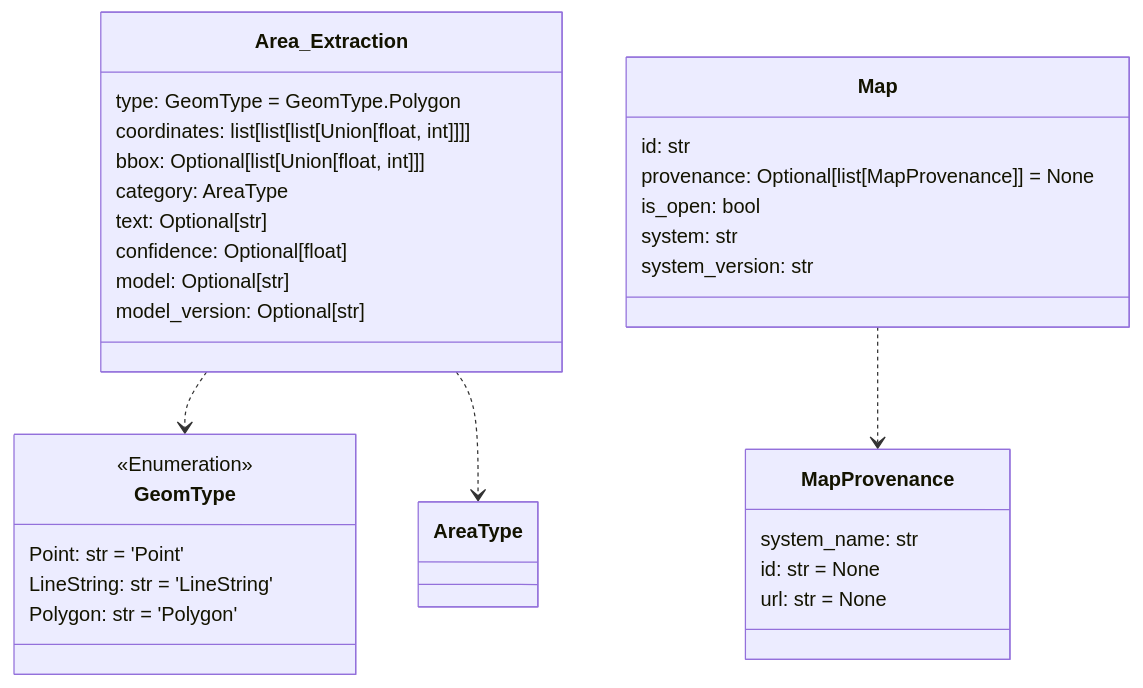
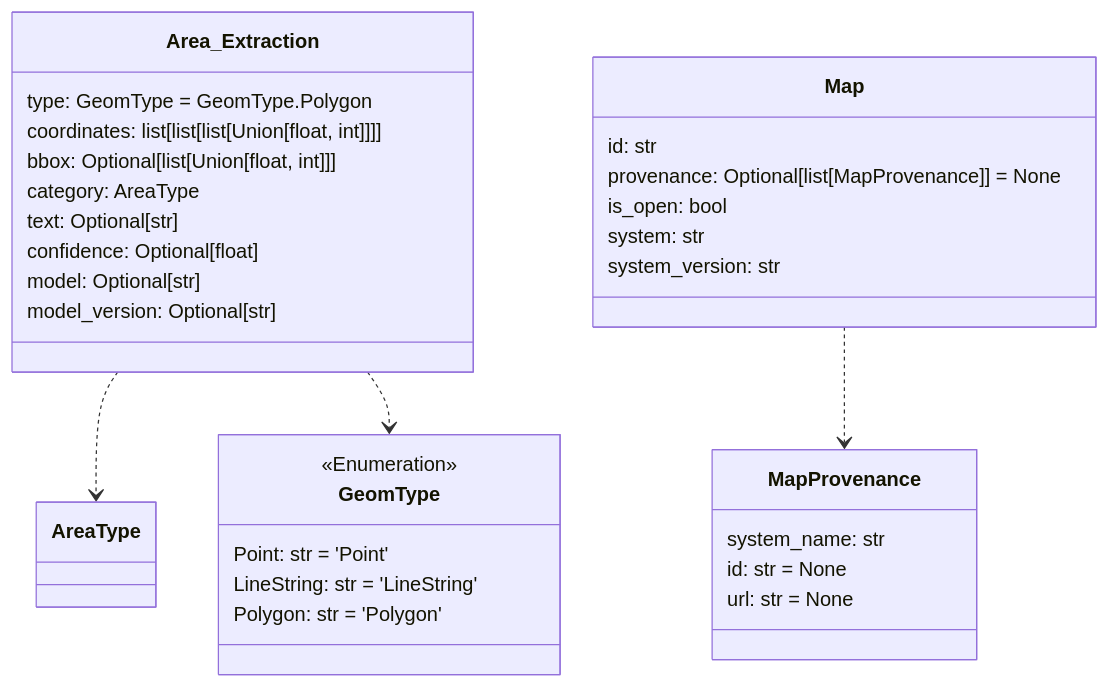
One commit to DARPA-CRITICALMAAS/cdr_schemas changed diagram 12 of 12 in README.md. Above: the diagram before and after it, drawn with Mermaid. The commit also changed other lines of this file and 1 other file, not shown here.

````diff
--- a/README.md
+++ b/README.md
@@ -815,41 +862,41 @@
 ```mermaid
 classDiagram
 
-    class GeomType {
-        <<Enumeration>>
-        Point: str = 'Point'
-        LineString: str = 'LineString'
-        Polygon: str = 'Polygon'
+    class MapProvenance {
+        system_name: str
+        id: str = None
+        url: str = None
     }
 
     class Area_Extraction {
         type: GeomType = GeomType.Polygon
         coordinates: list[list[list[Union[float, int]]]]
         bbox: Optional[list[Union[float, int]]]
         category: AreaType
         text: Optional[str]
         confidence: Optional[float]
         model: Optional[str]
         model_version: Optional[str]
     }
 
-    class MapProvenance {
-        system_name: str
-        id: str = None
-        url: str = None
+    class GeomType {
+        <<Enumeration>>
+        Point: str = 'Point'
+        LineString: str = 'LineString'
+        Polygon: str = 'Polygon'
     }
 
     class Map {
         id: str
         provenance: Optional[list[MapProvenance]] = None
         is_open: bool
         system: str
         system_version: str
     }
 
+    Area_Extraction ..> AreaType
     Area_Extraction ..> GeomType
-    Area_Extraction ..> AreaType
     Map ..> MapProvenance
 
 
 ```
````
